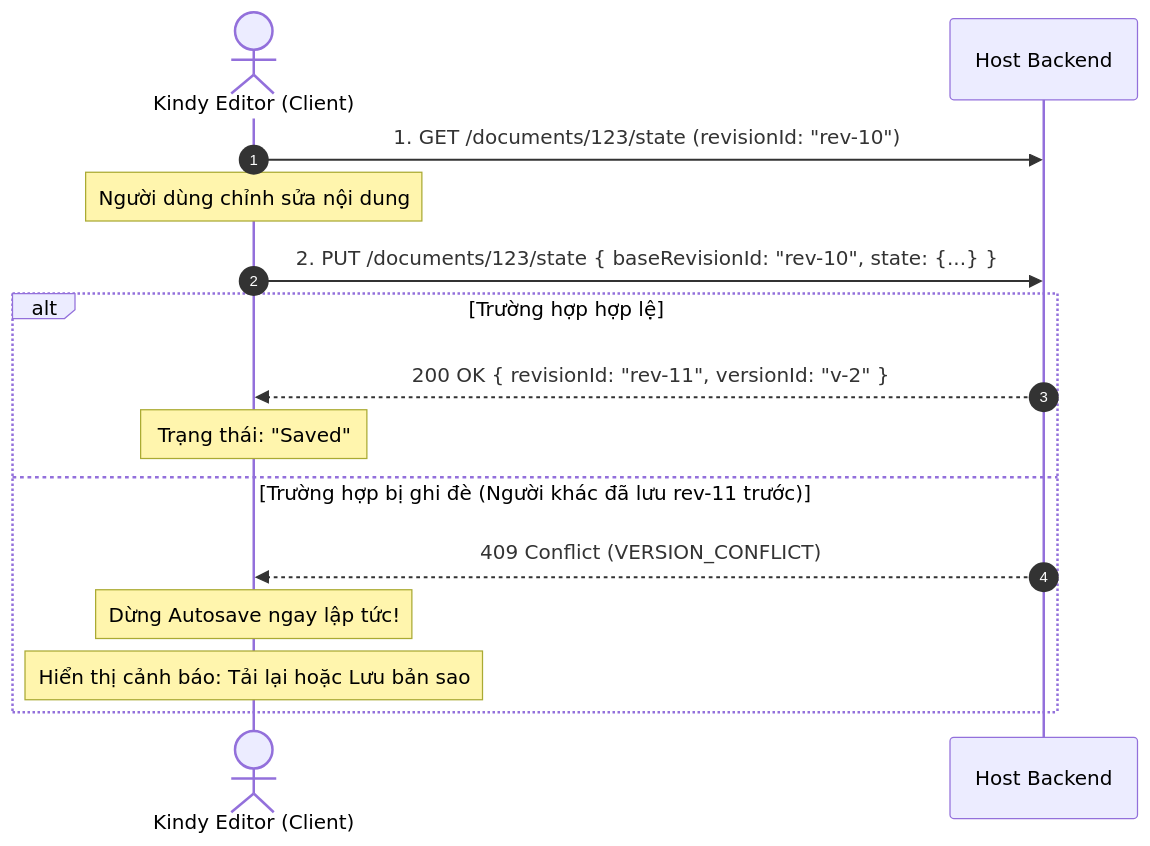
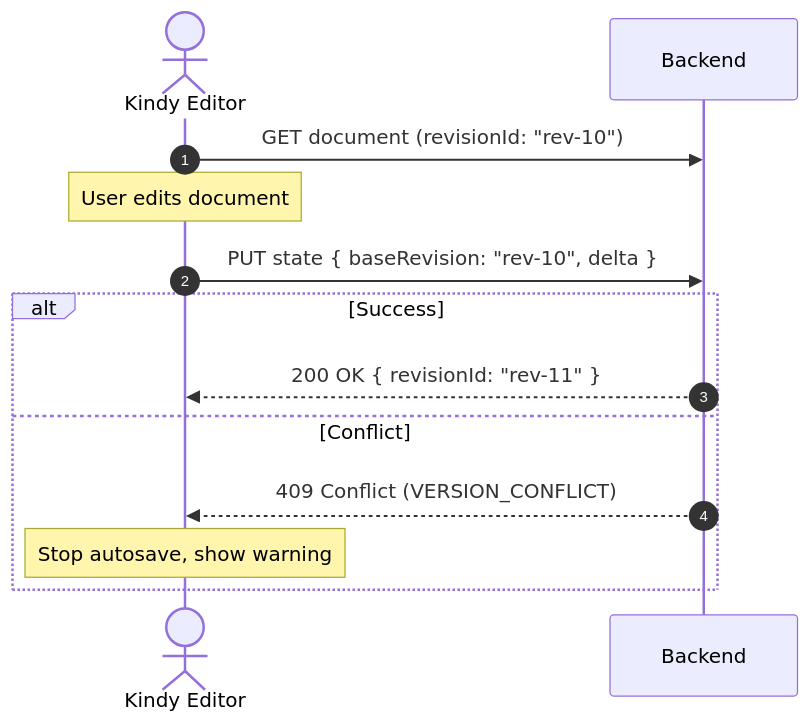
The diagram in docs/architecture/storage-and-state.md (hotienky/editor), drawn with Mermaid before and after one commit. The commit also changed other lines of this file and 28 other files, not shown here.

````diff
--- a/docs/architecture/storage-and-state.md
+++ b/docs/architecture/storage-and-state.md
@@ -47,19 +96,17 @@
 ```mermaid
 sequenceDiagram
     autonumber
-    actor Client as Kindy Editor (Client)
-    participant Server as Host Backend
+    actor Client as Kindy Editor
+    participant Server as Backend
 
-    Client->>Server: 1. GET /documents/123/state (revisionId: "rev-10")
-    Note over Client: Người dùng chỉnh sửa nội dung
-    Client->>Server: 2. PUT /documents/123/state { baseRevisionId: "rev-10", state: {...} }
+    Client->>Server: GET document (revisionId: "rev-10")
+    Note over Client: User edits document
+    Client->>Server: PUT state { baseRevision: "rev-10", delta }
     
-    alt Trường hợp hợp lệ
-        Server-->>Client: 200 OK { revisionId: "rev-11", versionId: "v-2" }
-        Note over Client: Trạng thái: "Saved"
-    else Trường hợp bị ghi đè (Người khác đã lưu rev-11 trước)
+    alt Success
+        Server-->>Client: 200 OK { revisionId: "rev-11" }
+    else Conflict
         Server-->>Client: 409 Conflict (VERSION_CONFLICT)
-        Note over Client: Dừng Autosave ngay lập tức!
-        Note over Client: Hiển thị cảnh báo: Tải lại hoặc Lưu bản sao
+        Note over Client: Stop autosave, show warning
     end
 ```
````
